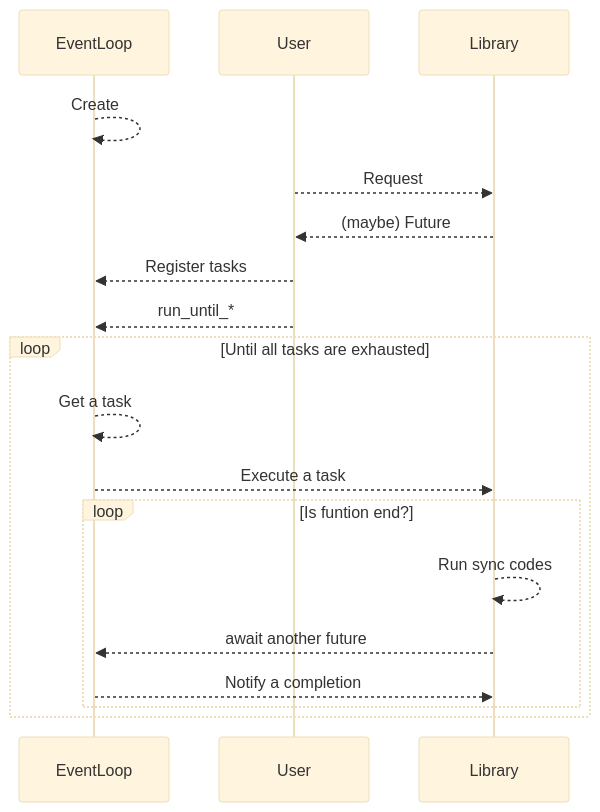
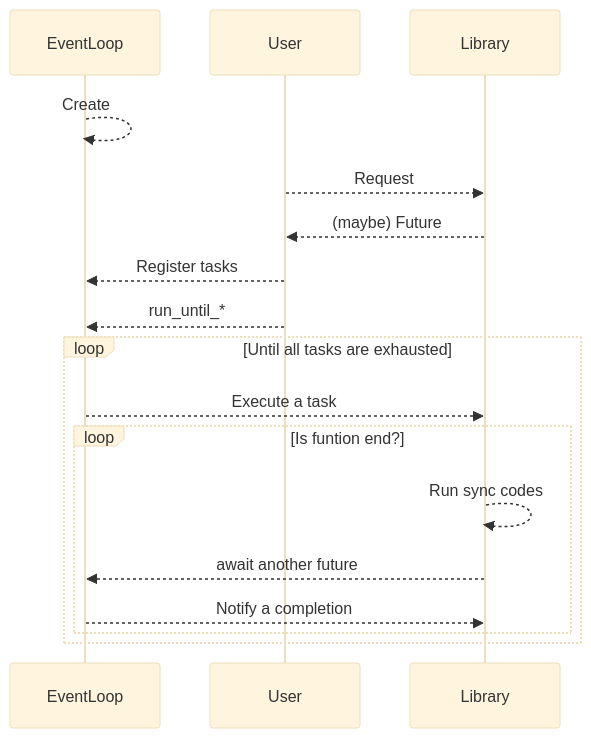
One commit to lacti/async-on-js-py changed the diagram in images/python_internal.mmd. Above: the diagram before and after it, drawn with Mermaid (base theme). The commit also changed 1 other file, not shown here.

```diff
--- a/images/python_internal.mmd
+++ b/images/python_internal.mmd
@@ -1,20 +1,19 @@
 sequenceDiagram
     EventLoop-->>EventLoop: Create
 
     User-->>Library: Request
     Library-->>User: (maybe) Future
 
     User-->>EventLoop: Register tasks
     User-->>EventLoop: run_until_*
 
     loop Until all tasks are exhausted
-        EventLoop-->>EventLoop: Get a task
         EventLoop-->>Library: Execute a task
 
         loop Is funtion end?
             Library-->>Library: Run sync codes
             Library-->>EventLoop: await another future
 
             EventLoop-->>Library: Notify a completion
         end
     end
```
